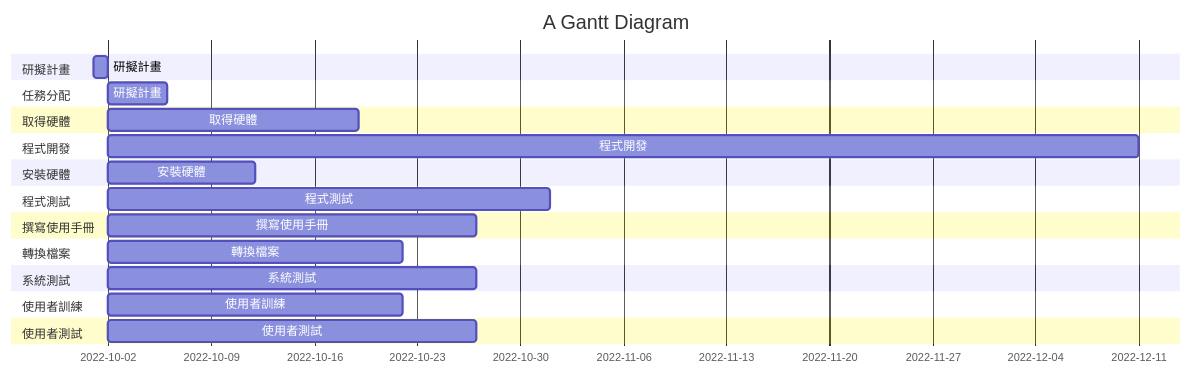
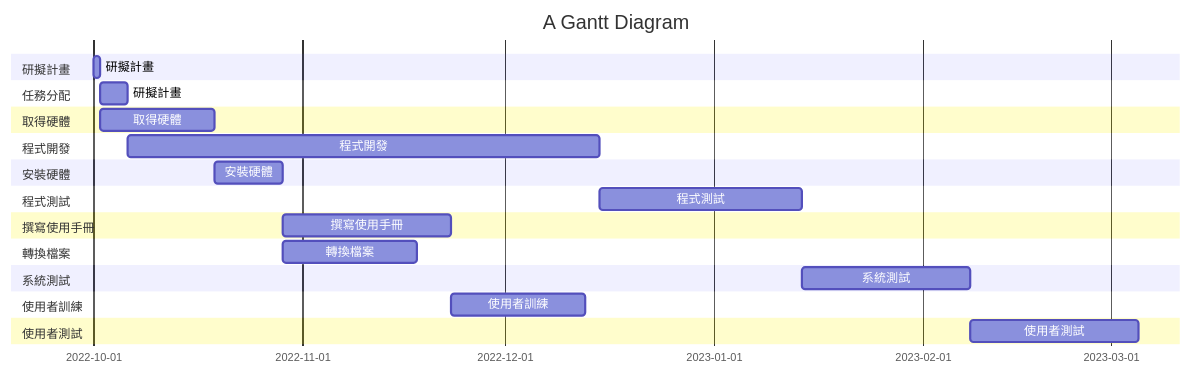
One commit to YuenHoYeung/2022-3a changed the second of 2 diagrams in hw2.md. Above: the diagram before and after it, drawn with Mermaid. The commit also changed other lines of this file, not shown here.

````diff
--- a/hw2.md
+++ b/hw2.md
@@ -37,28 +36,28 @@
 ```mermaid
 gantt
     title A Gantt Diagram
 
     section 研擬計畫 
     研擬計畫          :a1, 2022-10-01, 1d
     section 任務分配
-    研擬計畫          :2022-10-02  , 4d
+    研擬計畫          :a2, after a1  , 4d
     section 取得硬體
-    取得硬體          :2022-10-02  , 17d
+    取得硬體          :a3, after a1  , 17d
     section 程式開發
-    程式開發          :2022-10-02  , 70d
+    程式開發          :a4, after a2  , 70d
     section 安裝硬體
-    安裝硬體         :2022-10-02  , 10d
+    安裝硬體         :a5, after a3  , 10d
     section 程式測試
-    程式測試          :2022-10-02  , 30d
+    程式測試          :a6, after a4  , 30d
     section 撰寫使用手冊
-    撰寫使用手冊          :2022-10-02  , 25d
+    撰寫使用手冊          :a7, after a5  , 25d
     section 轉換檔案
-    轉換檔案          :2022-10-02  , 20d
+    轉換檔案          :a8, after a5 , 20d
     section 系統測試
-    系統測試          :2022-10-02  , 25d
+    系統測試          :a9, after a6 , 25d
     section 使用者訓練
-    使用者訓練          :2022-10-02  , 20d
+    使用者訓練          :a10, after a7 a8 , 20d
     section 使用者測試
-    使用者測試         :2022-10-02  , 25d
+    使用者測試         :a11, after a9 a10, 25d
   
 ```
````
